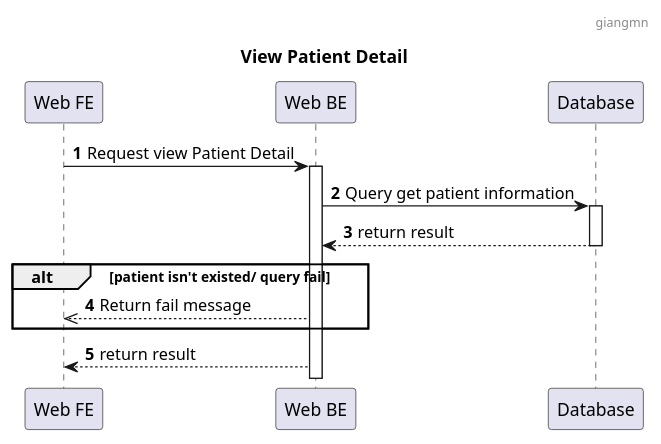
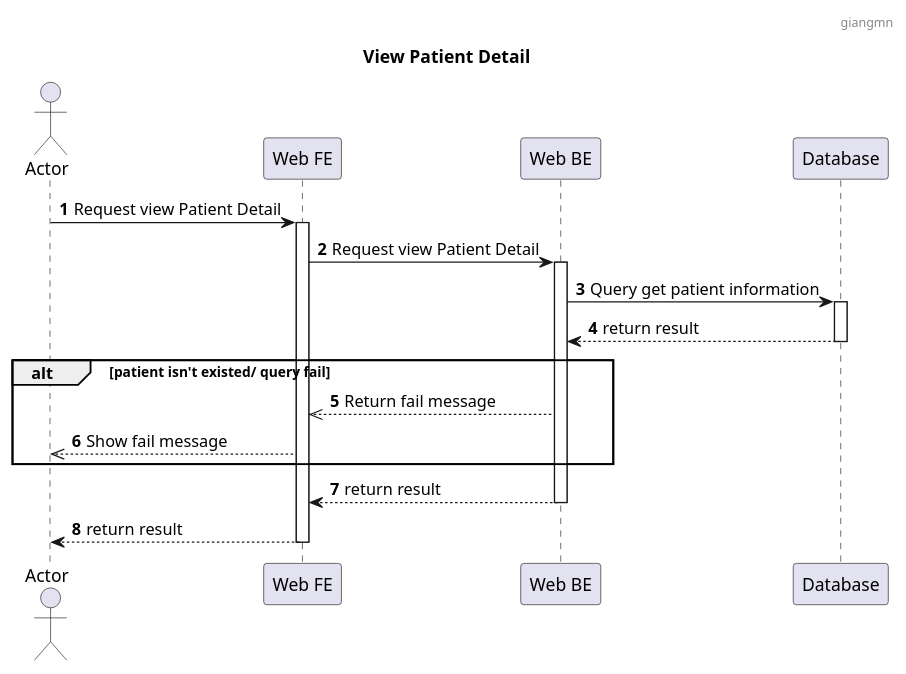
One commit to jang1902/SEP490_Sequence changed the diagram in Patient/View Patient Detail.puml. Above: the diagram before and after it, drawn with PlantUML. The commit also changed 12 other files, not shown here.

```diff
--- a/Patient/View Patient Detail.puml
+++ b/Patient/View Patient Detail.puml
@@ -1,21 +1,27 @@
 @startuml
 header : giangmn
 title: View Patient Detail
 autonumber
 
+actor "Actor" as a
 participant "Web FE" as fe
 participant "Web BE" as be
 participant "Database" as db
 
+a->fe: Request view Patient Detail
+fe++
 fe -> be: Request view Patient Detail
 be++
 be -> db: Query get patient information
 db++
 db --> be: return result
 db--
 alt patient isn't existed/ query fail
 be -->> fe: Return fail message
+fe -->> a: Show fail message
 end
-
 be--> fe: return result
+be--
+fe--> a: return result
+fe--
 @enduml
```
